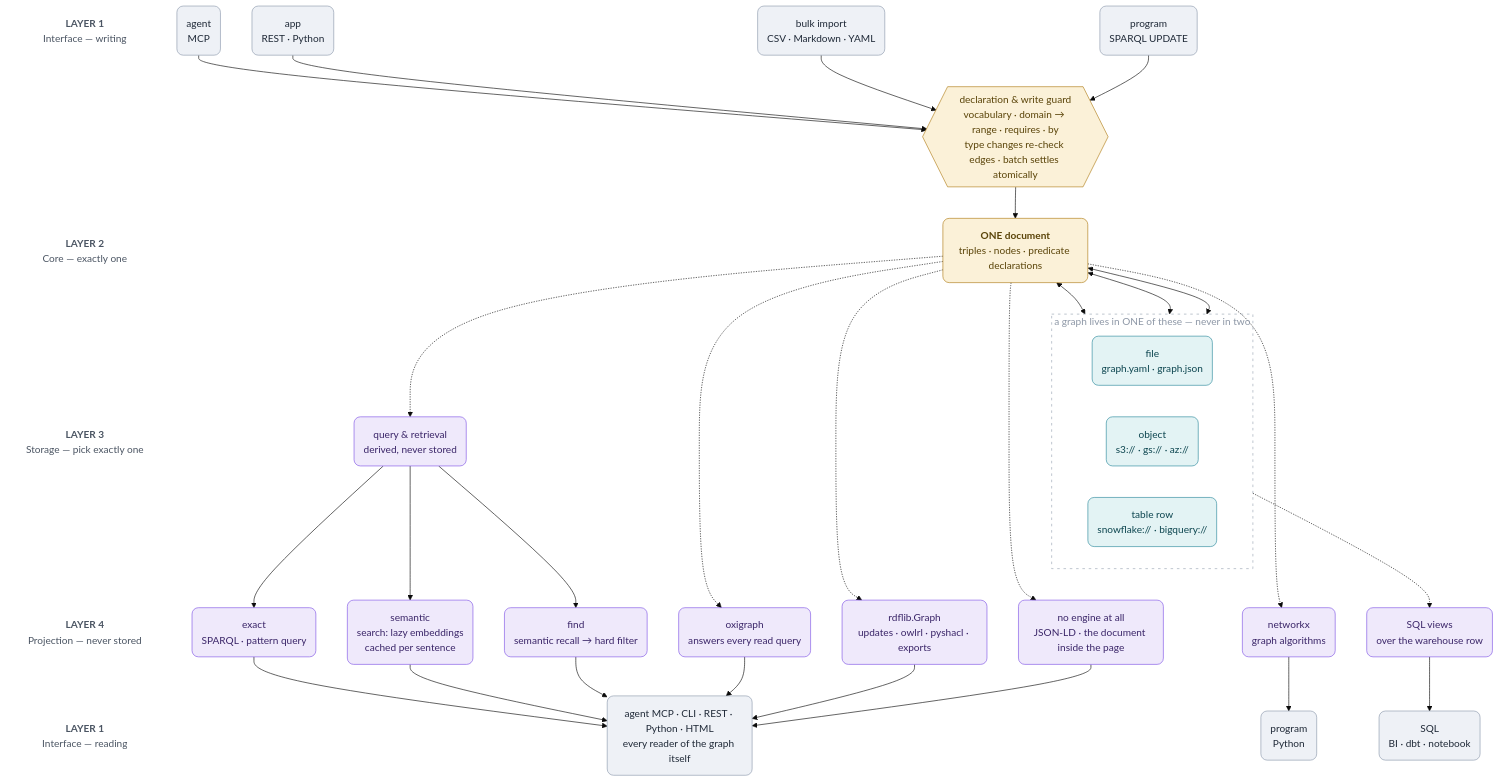
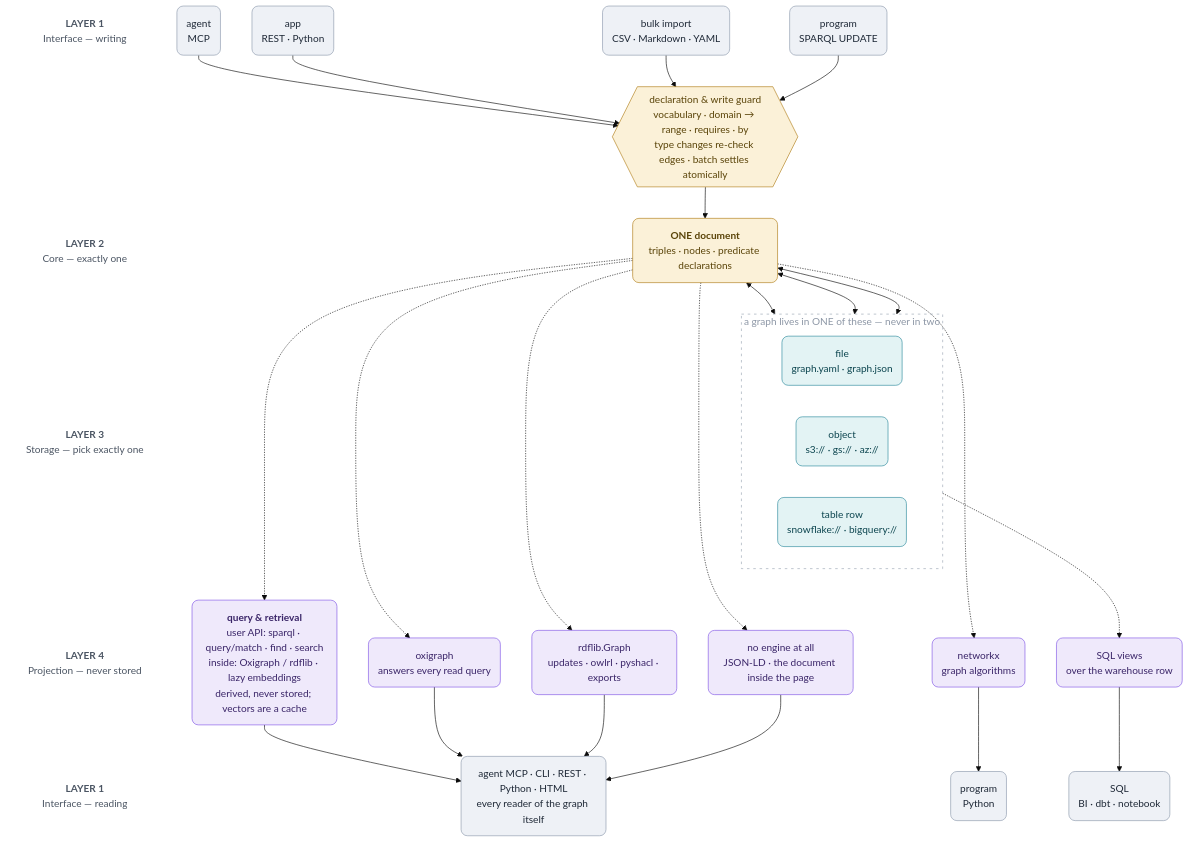
The diagram in docs/ARCHITECTURE.md (RyutoYoda/trikedb), drawn with Mermaid (base theme) before and after one commit. The commit also changed 2 other files, not shown here.

Commit message:
docs: nest query engines inside retrieval layer

````diff
--- a/docs/ARCHITECTURE.md
+++ b/docs/ARCHITECTURE.md
@@ -7,77 +7,69 @@
 ```mermaid
 flowchart TB
     LA["<b>LAYER 1</b><br/>Interface — writing"]
     LG[" "]
     LB["<b>LAYER 2</b><br/>Core — exactly one"]
     LC["<b>LAYER 3</b><br/>Storage — pick exactly one"]
     LD["<b>LAYER 4</b><br/>Projection — never stored"]
     LE["<b>LAYER 1</b><br/>Interface — reading"]
     LA ~~~ LG ~~~ LB ~~~ LC ~~~ LD ~~~ LE
 
     WA("agent<br/>MCP")
     WC("app<br/>REST · Python")
     WI("bulk import<br/>CSV · Markdown · YAML")
     WP("program<br/>SPARQL UPDATE")
     G{{"declaration & write guard<br/>vocabulary · domain → range · requires · by<br/>type changes re-check edges · batch settles atomically"}}
     C("<b>ONE document</b><br/>triples · nodes · predicate declarations")
     subgraph pick["a graph lives in ONE of these — never in two"]
         direction LR
         SF("file<br/>graph.yaml · graph.json")
         SO("object<br/>s3:// · gs:// · az://")
         SW("table row<br/>snowflake:// · bigquery://")
     end
     PO("oxigraph<br/>answers every read query")
     PR("rdflib.Graph<br/>updates · owlrl · pyshacl · exports")
     PN("networkx<br/>graph algorithms")
     PV("SQL views<br/>over the warehouse row")
     PD("no engine at all<br/>JSON-LD · the document inside the page")
-    Q("query & retrieval<br/>derived, never stored")
-    QE("exact<br/>SPARQL · pattern query")
-    QS("semantic<br/>search: lazy embeddings<br/>cached per sentence")
-    QF("find<br/>semantic recall → hard filter")
+    Q("<b>query & retrieval</b><br/>user API: sparql · query/match · find · search<br/>inside: Oxigraph / rdflib · lazy embeddings<br/>derived, never stored; vectors are a cache")
     RQ("agent MCP · CLI · REST · Python · HTML<br/>every reader of the graph itself")
     RG("program<br/>Python")
     RS("SQL<br/>BI · dbt · notebook")
 
     WA --> G
     WC --> G
     WI --> G
     WP --> G
     G --> C
     C <--> SF
     C <--> SO
     C <--> SW
     SF ~~~ PO
     SF ~~~ PR
     SO ~~~ PN
     SW -.-> PV
     SW ~~~ PD
     C -.-> PO
     C -.-> PR
     C -.-> PN
     C -.-> PD
     C -.-> Q
-    Q --> QE
-    Q --> QS
-    Q --> QF
-    QE --> RQ
-    QS --> RQ
-    QF --> RQ
+    Q --> RQ
     PO --> RQ
     PR --> RQ
     PN --> RG
     PV --> RS
     PD --> RQ
 
     style pick fill:none,stroke:#9aa4b3,stroke-width:1px,stroke-dasharray:4 6,color:#8d97a6
     classDef lbl fill:none,stroke:none,color:#4b5563
     classDef iface fill:#eef1f6,stroke:#8d9aad,color:#1f2937,rx:10,ry:10
     classDef core fill:#fbf1d8,stroke:#b07d17,color:#5a4409,rx:10,ry:10
     classDef store fill:#e3f3f4,stroke:#2b8a9c,color:#0c454f,rx:10,ry:10
     classDef proj fill:#efe9fb,stroke:#8055e6,color:#3a2568,rx:10,ry:10
     class LA,LG,LB,LC,LD,LE lbl
     class WA,WC,WI,WP,RQ,RG,RS iface
     class C,G core
     class SF,SO,SW store
-    class PO,PR,PN,PV,PD,Q,QE,QS,QF proj
+    class PO,PR,PN,PV,PD,Q proj
 ```
````
